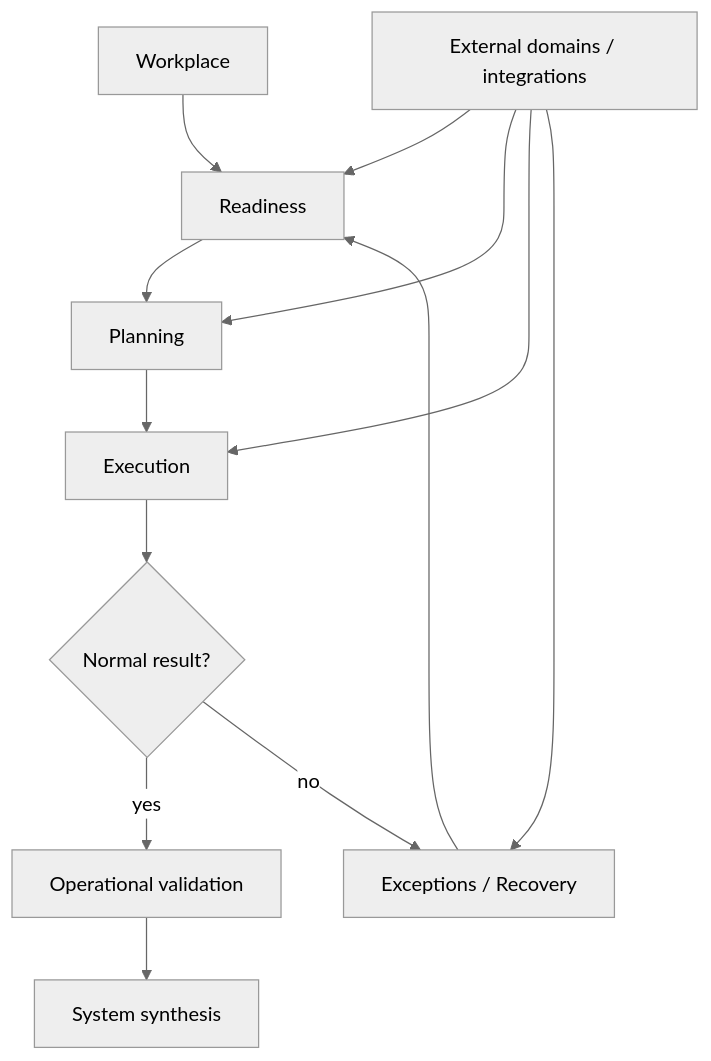
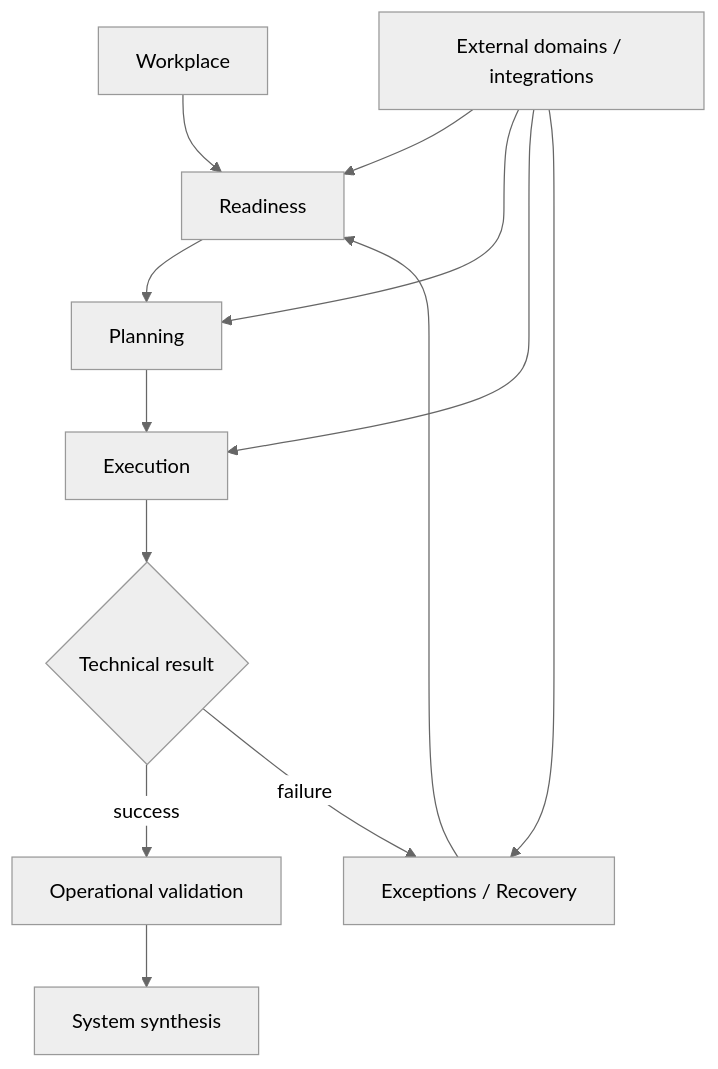
One commit to branch-danya-dev/enterprise-workplace-os-migration changed the diagram in README.md. Above: the diagram before and after it, drawn with Mermaid (neutral theme). The commit also changed other lines of this file, not shown here.

Commit message:
Update root navigation after technical projection migration

````diff
--- a/README.md
+++ b/README.md
@@ -100,16 +103,16 @@
 ```mermaid
 flowchart TD
     W[Workplace] --> R[Readiness]
     R --> P[Planning]
     P --> E[Execution]
-    E --> X{Normal result?}
-    X -- yes --> O[Operational validation]
-    X -- no --> F[Exceptions / Recovery]
+    E --> X{Technical result}
+    X -- success --> O[Operational validation]
+    X -- failure --> F[Exceptions / Recovery]
     F --> R
     O --> S[System synthesis]
 
     I[External domains / integrations] --> R
     I --> P
     I --> E
     I --> F
 ```
````
